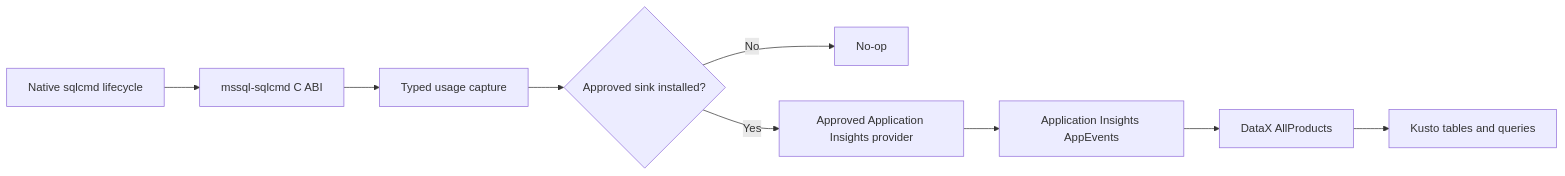
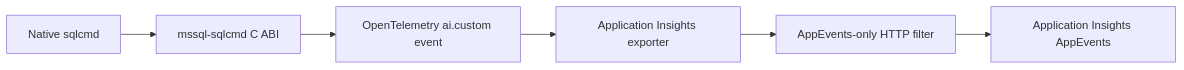
The diagram in mssql-sqlcmd/docs/telemetry.md (microsoft/mssql-rs), drawn with Mermaid before and after one commit. The commit also changed other lines of this file and 6 other files, not shown here.

Commit message:
Add Application Insights sqlcmd telemetry transport

````diff
--- a/mssql-sqlcmd/docs/telemetry.md
+++ b/mssql-sqlcmd/docs/telemetry.md
@@ -27,16 +15,11 @@
 ```mermaid
 flowchart LR
-    Native[Native sqlcmd lifecycle]
+    Native[Native sqlcmd]
     ABI[mssql-sqlcmd C ABI]
-    Capture[Typed usage capture]
-    Sink{Approved sink installed?}
-    Noop[No-op]
-    Provider[Approved Application Insights provider]
+    Event[OpenTelemetry ai.custom event]
+    Exporter[Application Insights exporter]
+    Filter[AppEvents-only HTTP filter]
     AI[Application Insights AppEvents]
-    DataX[DataX AllProducts]
-    Kusto[Kusto tables and queries]
 
-    Native --> ABI --> Capture --> Sink
-    Sink -- No --> Noop
-    Sink -- Yes --> Provider --> AI --> DataX --> Kusto
+    Native --> ABI --> Event --> Exporter --> Filter --> AI
 ```
````
